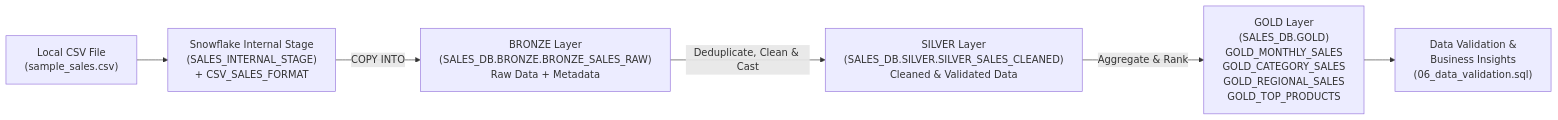
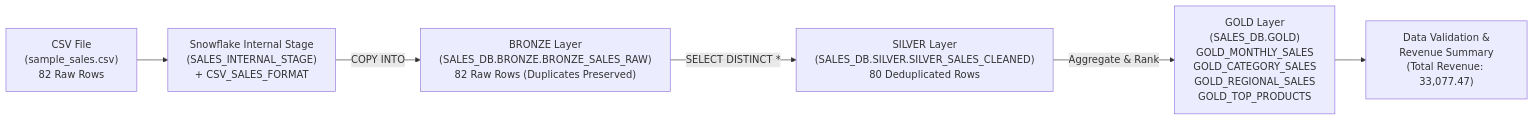
Before and after one commit to patelutsav13/Snowflake-Sales-Data-Engineering-Pipeline: the diagram in docs/architecture.md, drawn with Mermaid. The commit also changed other lines of this file and 9 other files, not shown here.

Commit message:
Align SQL, README, diagram, and docs with actual Snowflake execution results

````diff
--- a/docs/architecture.md
+++ b/docs/architecture.md
@@ -23,8 +23,8 @@
 ```mermaid
 flowchart LR
-    A["Local CSV File<br/>(sample_sales.csv)"] --> B["Snowflake Internal Stage<br/>(SALES_INTERNAL_STAGE)<br/>+ CSV_SALES_FORMAT"]
-    B -->|COPY INTO| C["BRONZE Layer<br/>(SALES_DB.BRONZE.BRONZE_SALES_RAW)<br/>Raw Data + Metadata"]
-    C -->|Deduplicate, Clean & Cast| D["SILVER Layer<br/>(SALES_DB.SILVER.SILVER_SALES_CLEANED)<br/>Cleaned & Validated Data"]
+    A["CSV File<br/>(sample_sales.csv)<br/>82 Raw Rows"] --> B["Snowflake Internal Stage<br/>(SALES_INTERNAL_STAGE)<br/>+ CSV_SALES_FORMAT"]
+    B -->|COPY INTO| C["BRONZE Layer<br/>(SALES_DB.BRONZE.BRONZE_SALES_RAW)<br/>82 Raw Rows (Duplicates Preserved)"]
+    C -->|SELECT DISTINCT *| D["SILVER Layer<br/>(SALES_DB.SILVER.SILVER_SALES_CLEANED)<br/>80 Deduplicated Rows"]
     D -->|Aggregate & Rank| E["GOLD Layer<br/>(SALES_DB.GOLD)<br/>GOLD_MONTHLY_SALES<br/>GOLD_CATEGORY_SALES<br/>GOLD_REGIONAL_SALES<br/>GOLD_TOP_PRODUCTS"]
-    E --> F["Data Validation &<br/>Business Insights<br/>(06_data_validation.sql)"]
+    E --> F["Data Validation &<br/>Revenue Summary<br/>(Total Revenue: 33,077.47)"]
 ```
````
